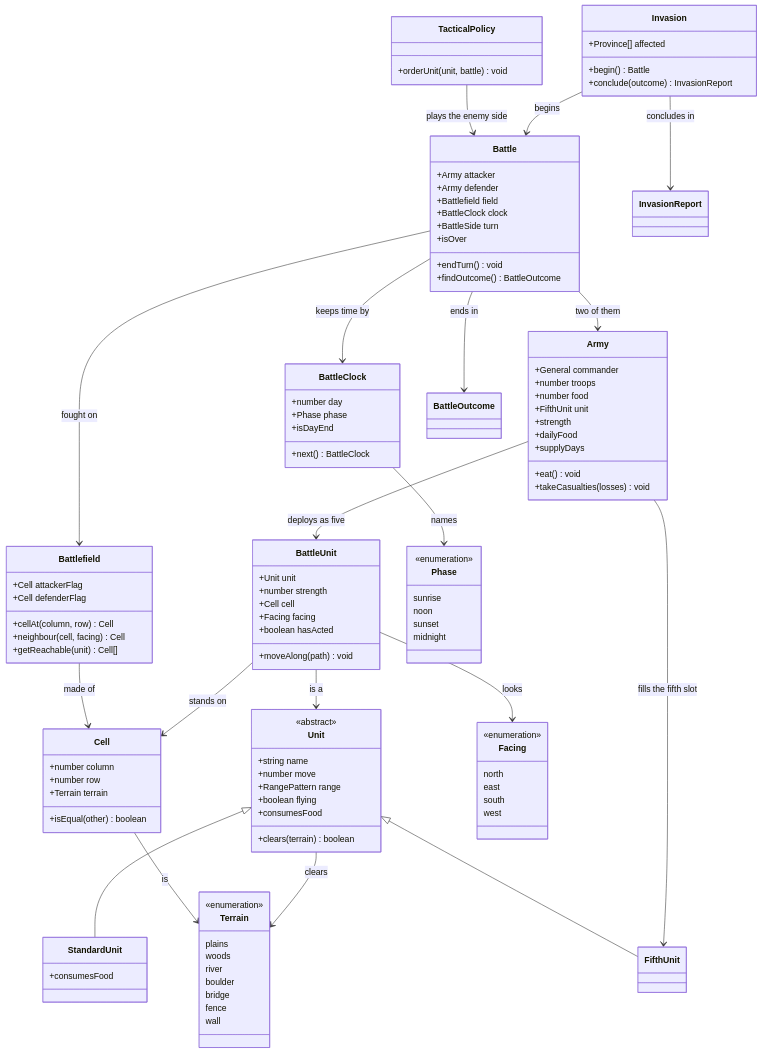
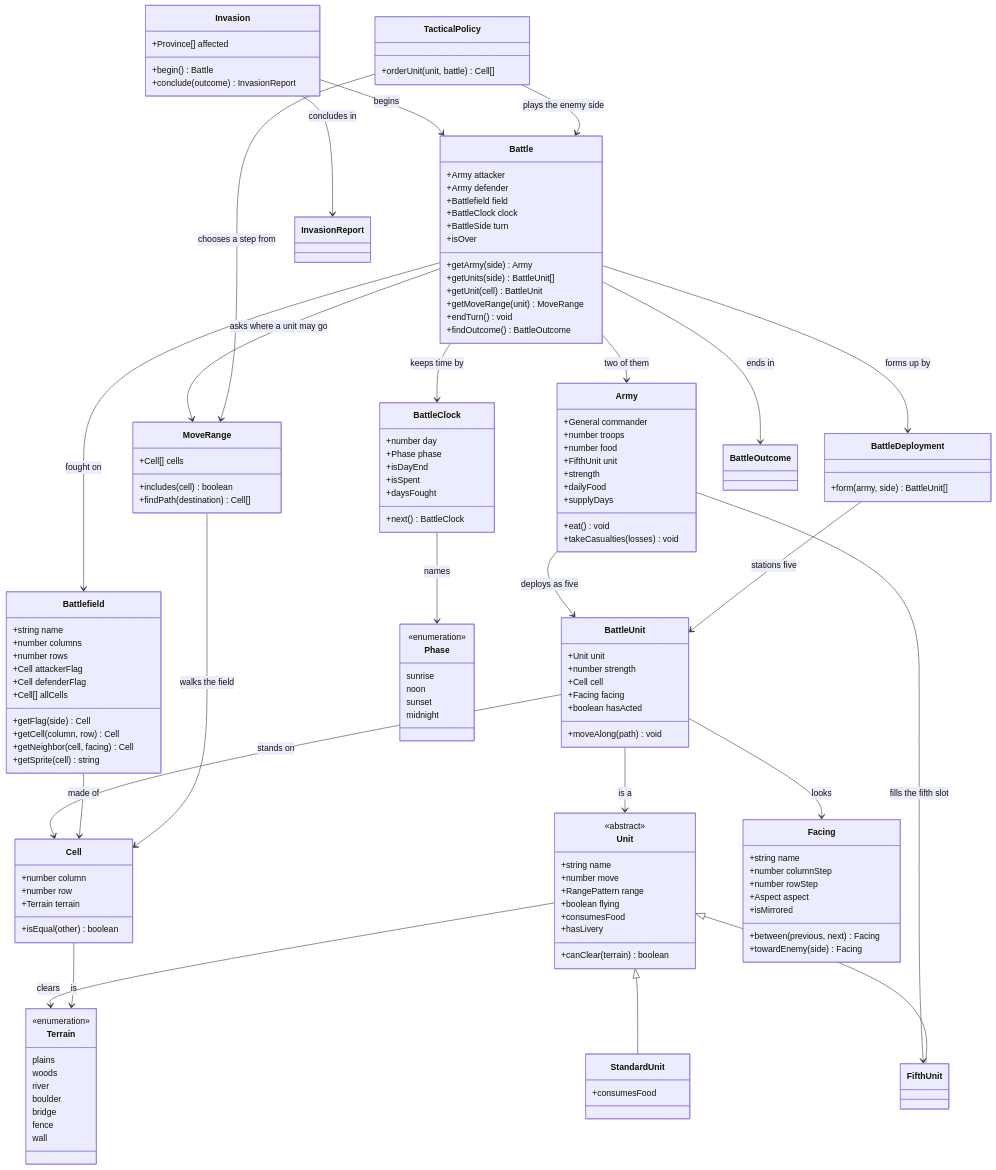
Before and after one commit to pslotinsky/kunstkamera: the third of 4 diagrams in gemfire/docs/design/08-2-the-battlefield.md, drawn with Mermaid. The commit also changed other lines of this file and 58 other files, not shown here.

Commit message:
feat(gemfire): fight a battle on the defending province's field

````diff
--- a/gemfire/docs/design/08-2-the-battlefield.md
+++ b/gemfire/docs/design/08-2-the-battlefield.md
@@ -145,6 +178,10 @@
     +BattleClock clock
     +BattleSide turn
     +isOver
+    +getArmy(side) Army
+    +getUnits(side) BattleUnit[]
+    +getUnit(cell) BattleUnit
+    +getMoveRange(unit) MoveRange
     +endTurn() void
     +findOutcome() BattleOutcome
   }
@@ -174,17 +211,31 @@
     +RangePattern range
     +boolean flying
     +consumesFood
-    +clears(terrain) boolean
+    +hasLivery
+    +canClear(terrain) boolean
   }
   class StandardUnit {
     +consumesFood
   }
   class Battlefield {
+    +string name
+    +number columns
+    +number rows
     +Cell attackerFlag
     +Cell defenderFlag
-    +cellAt(column, row) Cell
-    +neighbour(cell, facing) Cell
-    +getReachable(unit) Cell[]
+    +Cell[] allCells
+    +getFlag(side) Cell
+    +getCell(column, row) Cell
+    +getNeighbor(cell, facing) Cell
+    +getSprite(cell) string
+  }
+  class MoveRange {
+    +Cell[] cells
+    +includes(cell) boolean
+    +findPath(destination) Cell[]
+  }
+  class BattleDeployment {
+    +form(army, side) BattleUnit[]
   }
   class Cell {
     +number column
@@ -196,10 +247,12 @@
     +number day
     +Phase phase
     +isDayEnd
+    +isSpent
+    +daysFought
     +next() BattleClock
   }
   class TacticalPolicy {
-    +orderUnit(unit, battle) void
+    +orderUnit(unit, battle) Cell[]
   }
   class Terrain {
     <<enumeration>>
@@ -212,11 +265,13 @@
     wall
   }
   class Facing {
-    <<enumeration>>
-    north
-    east
-    south
-    west
+    +string name
+    +number columnStep
+    +number rowStep
+    +Aspect aspect
+    +isMirrored
+    +between(previous, next) Facing
+    +towardEnemy(side) Facing
   }
   class Phase {
     <<enumeration>>
@@ -242,5 +297,10 @@
   Battlefield --> Cell : made of
   Cell --> Terrain : is
   BattleClock --> Phase : names
+  Battle --> MoveRange : asks where a unit may go
+  MoveRange --> Cell : walks the field
+  Battle --> BattleDeployment : forms up by
+  BattleDeployment --> BattleUnit : stations five
   TacticalPolicy --> Battle : plays the enemy side
+  TacticalPolicy --> MoveRange : chooses a step from
 ```
````
